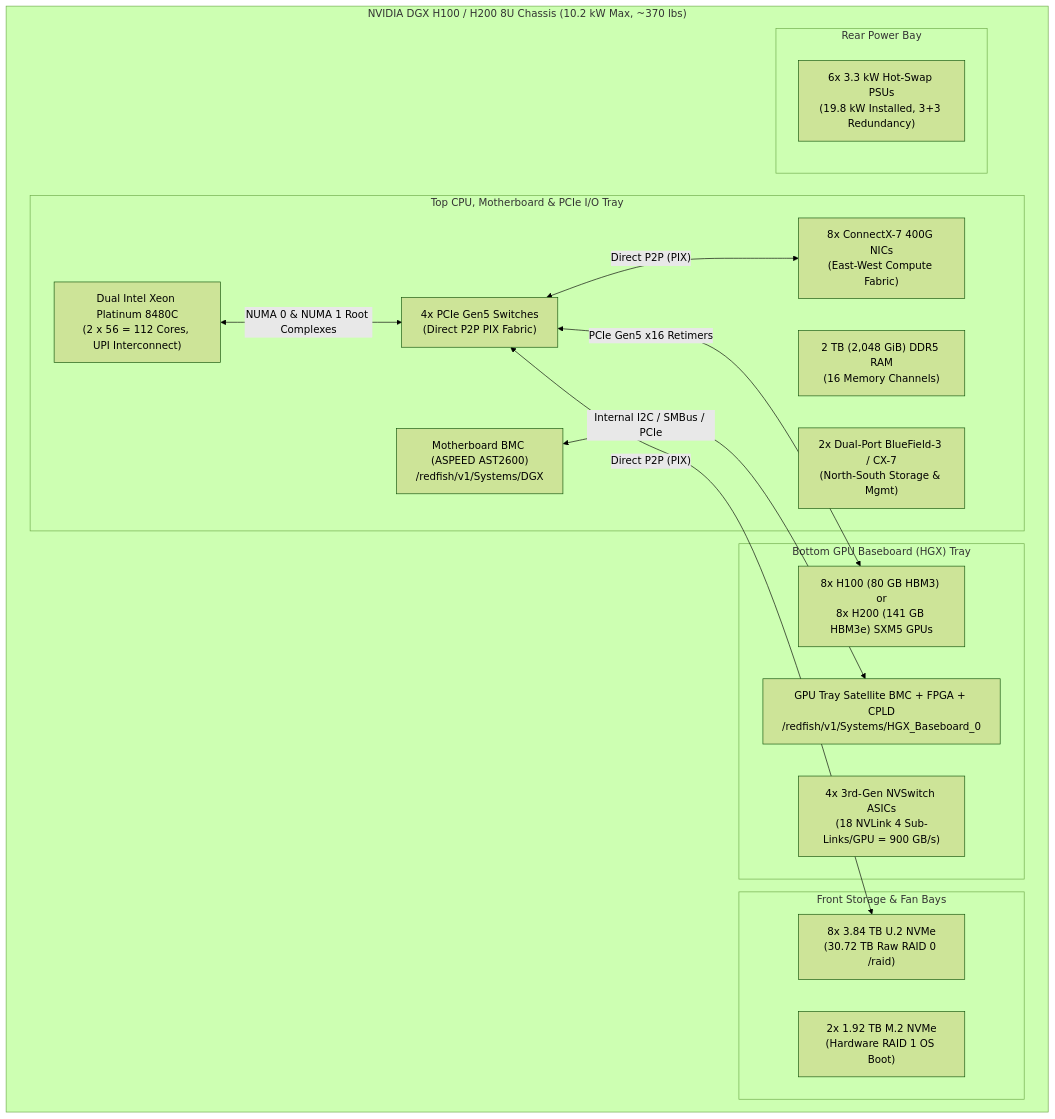
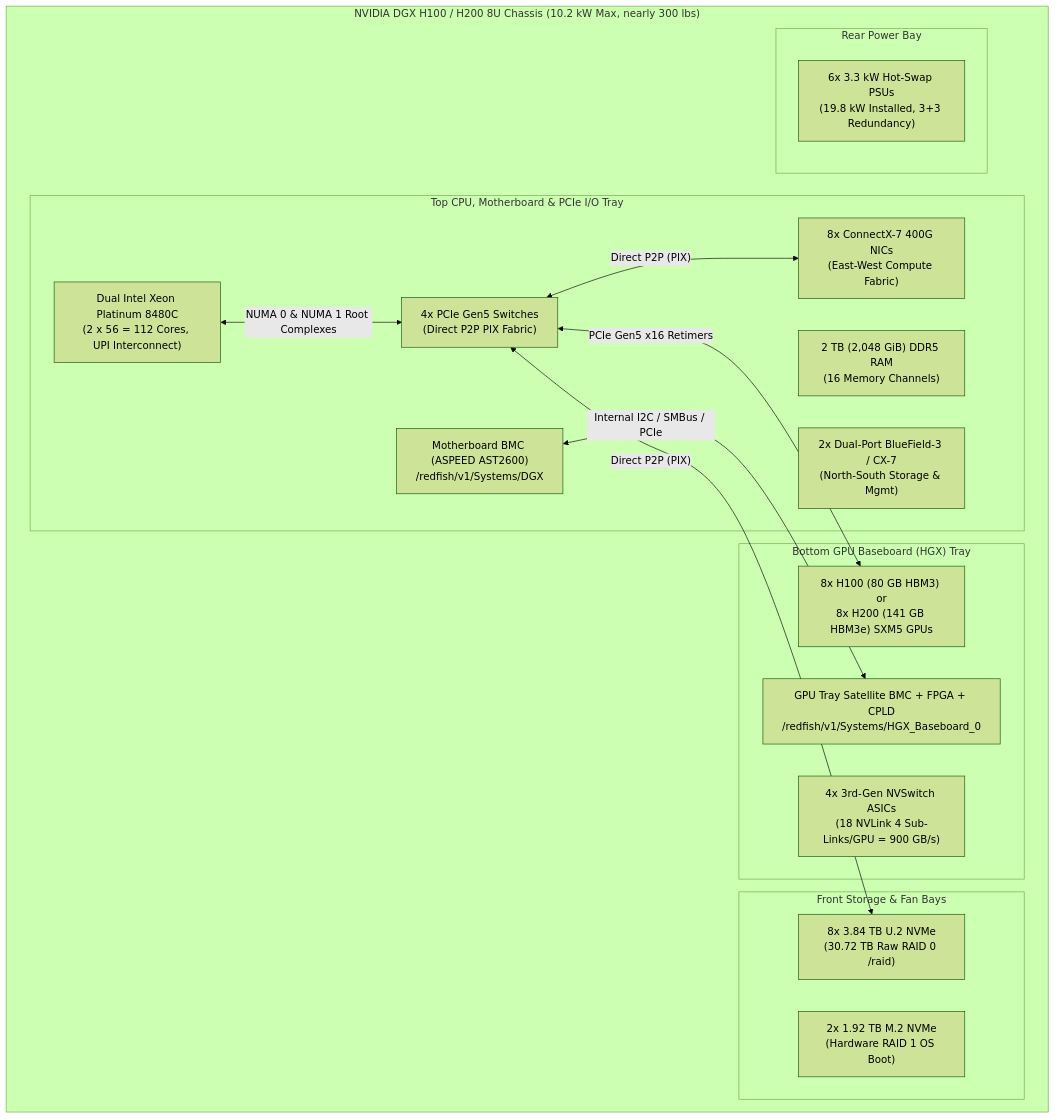
Before and after one commit to jithinpnjm/ai-infra-handbook: the first of 2 diagrams in docs/part-09-nvidia-systems/02-inside-a-dgx-h100-and-h200-system.md, drawn with Mermaid (forest theme). The commit also changed other lines of this file and 11 other files, not shown here.

Commit message:
Rework 9.1, 9.2, 9.6, 9.7, 9.8, 9.9, 9.10, 9.12, 9.14: correct KV-cache formula in code and lab, verify hardware numbers against NVIDIA reference architectures, remove unsourced names

````diff
--- a/docs/part-09-nvidia-systems/02-inside-a-dgx-h100-and-h200-system.md
+++ b/docs/part-09-nvidia-systems/02-inside-a-dgx-h100-and-h200-system.md
@@ -60,30 +54,30 @@
 ```mermaid
 flowchart TD
-    subgraph Chassis["NVIDIA DGX H100 / H200 8U Chassis (10.2 kW Max, ~370 lbs)"]
+    subgraph Chassis["NVIDIA DGX H100 / H200 8U Chassis (10.2 kW Max, nearly 300 lbs)"]
         subgraph TopTray["Top CPU, Motherboard & PCIe I/O Tray"]
             CPU["Dual Intel Xeon Platinum 8480C<br/>(2 x 56 = 112 Cores, UPI Interconnect)"]
             RAM["2 TB (2,048 GiB) DDR5 RAM<br/>(16 Memory Channels)"]
             MBBMC["Motherboard BMC (ASPEED AST2600)<br/>/redfish/v1/Systems/DGX"]
             PSW["4x PCIe Gen5 Switches<br/>(Direct P2P PIX Fabric)"]
             CX7["8x ConnectX-7 400G NICs<br/>(East-West Compute Fabric)"]
             BF3["2x Dual-Port BlueField-3 / CX-7<br/>(North-South Storage & Mgmt)"]
         end
         subgraph FrontBay["Front Storage & Fan Bays"]
             M2["2x 1.92 TB M.2 NVMe<br/>(Hardware RAID 1 OS Boot)"]
             U2["8x 3.84 TB U.2 NVMe<br/>(30.72 TB Raw RAID 0 /raid)"]
         end
         subgraph BottomTray["Bottom GPU Baseboard (HGX) Tray"]
             GPUS["8x H100 (80 GB HBM3) or<br/>8x H200 (141 GB HBM3e) SXM5 GPUs"]
             NVS["4x 3rd-Gen NVSwitch ASICs<br/>(18 NVLink 4 Sub-Links/GPU = 900 GB/s)"]
             SATBMC["GPU Tray Satellite BMC + FPGA + CPLD<br/>/redfish/v1/Systems/HGX_Baseboard_0"]
         end
         subgraph RearPSU["Rear Power Bay"]
             PSU["6x 3.3 kW Hot-Swap PSUs<br/>(19.8 kW Installed, 3+3 Redundancy)"]
         end
     end
     PSW <-->|"PCIe Gen5 x16 Retimers"| GPUS
     PSW <-->|"Direct P2P (PIX)"| CX7
     PSW <-->|"Direct P2P (PIX)"| U2
     CPU <-->|"NUMA 0 & NUMA 1 Root Complexes"| PSW
     MBBMC <-->|"Internal I2C / SMBus / PCIe"| SATBMC
 ```
````
